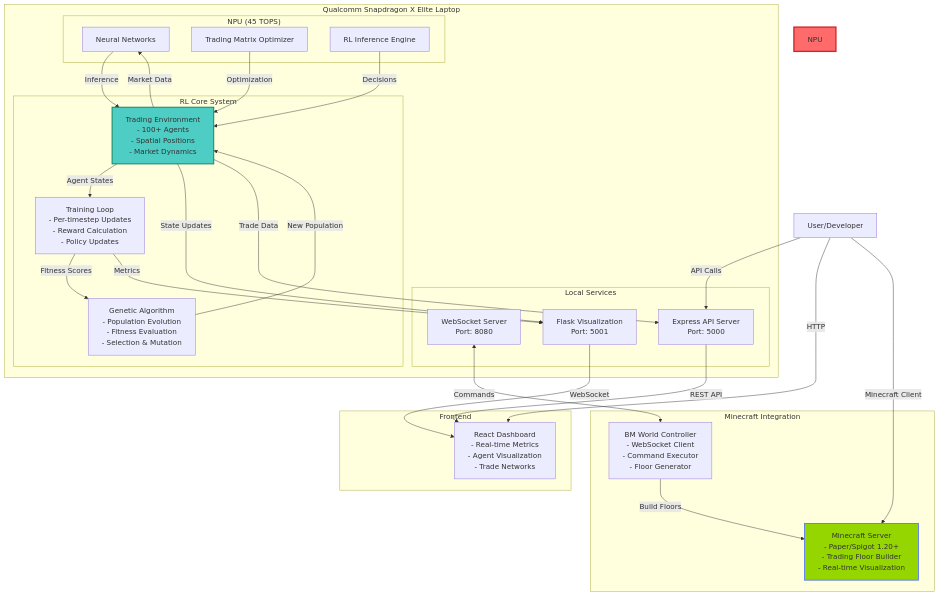
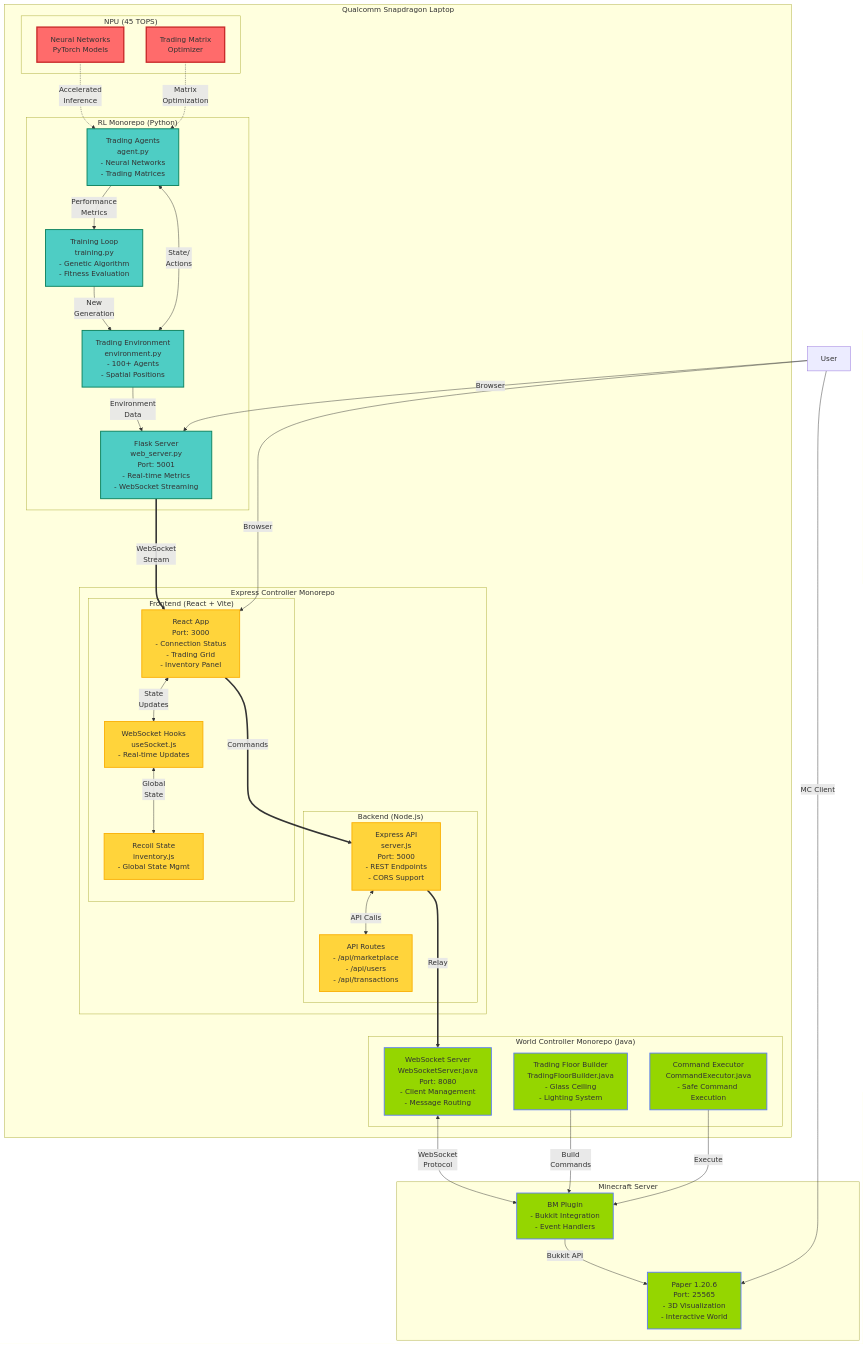
The diagram in README.md (DIodide/blockmarket), drawn with Mermaid before and after one commit. The commit also changed other lines of this file and 1 other file, not shown here.

Commit message:
Enhance README.md with detailed architecture overview and flow diagrams; introduce new whiteboard image for visual representation of system components and interactions.

````diff
--- a/README.md
+++ b/README.md
@@ -22,63 +22,83 @@
 ```mermaid
 graph TB
-    subgraph "Qualcomm Snapdragon X Elite Laptop"
+    subgraph "Qualcomm Snapdragon Laptop"
         subgraph "NPU (45 TOPS)"
-            NN[Neural Networks]
-            TM[Trading Matrix Optimizer]
-            RL[RL Inference Engine]
+            NN[Neural Networks<br/>PyTorch Models]
+            TM[Trading Matrix<br/>Optimizer]
         end
 
-        subgraph "RL Core System"
-            ENV[Trading Environment<br/>- 100+ Agents<br/>- Spatial Positions<br/>- Market Dynamics]
-            GA[Genetic Algorithm<br/>- Population Evolution<br/>- Fitness Evaluation<br/>- Selection & Mutation]
-            TRAIN[Training Loop<br/>- Per-timestep Updates<br/>- Reward Calculation<br/>- Policy Updates]
+        subgraph "RL Monorepo (Python)"
+            ENV[Trading Environment<br/>environment.py<br/>- 100+ Agents<br/>- Spatial Positions]
+            AGENT[Trading Agents<br/>agent.py<br/>- Neural Networks<br/>- Trading Matrices]
+            TRAIN[Training Loop<br/>training.py<br/>- Genetic Algorithm<br/>- Fitness Evaluation]
+            FLASK[Flask Server<br/>web_server.py<br/>Port: 5001<br/>- Real-time Metrics<br/>- WebSocket Streaming]
         end
 
-        subgraph "Local Services"
-            WS[WebSocket Server<br/>Port: 8080]
-            EXPRESS[Express API Server<br/>Port: 5000]
-            VIZ[Flask Visualization<br/>Port: 5001]
+        subgraph "Express Controller Monorepo"
+            subgraph "Backend (Node.js)"
+                EXPRESS[Express API<br/>server.js<br/>Port: 5000<br/>- REST Endpoints<br/>- CORS Support]
+                ROUTES[API Routes<br/>- /api/marketplace<br/>- /api/users<br/>- /api/transactions]
+            end
+
+            subgraph "Frontend (React + Vite)"
+                REACT[React App<br/>Port: 3000<br/>- Connection Status<br/>- Trading Grid<br/>- Inventory Panel]
+                HOOKS[WebSocket Hooks<br/>useSocket.js<br/>- Real-time Updates]
+                ATOMS[Recoil State<br/>inventory.js<br/>- Global State Mgmt]
+            end
+        end
+
+        subgraph "World Controller Monorepo (Java)"
+            WS_SERVER[WebSocket Server<br/>WebSocketServer.java<br/>Port: 8080<br/>- Client Management<br/>- Message Routing]
+            FLOOR_BUILDER[Trading Floor Builder<br/>TradingFloorBuilder.java<br/>- Glass Ceiling<br/>- Lighting System]
+            CMD_EXEC[Command Executor<br/>CommandExecutor.java<br/>- Safe Command Execution]
         end
     end
 
-    subgraph "Minecraft Integration"
-        MC[Minecraft Server<br/>- Paper/Spigot 1.20+<br/>- Trading Floor Builder<br/>- Real-time Visualization]
-        PLUGIN[BM World Controller<br/>- WebSocket Client<br/>- Command Executor<br/>- Floor Generator]
+    subgraph "Minecraft Server"
+        MC[Paper 1.20.6<br/>Port: 25565<br/>- 3D Visualization<br/>- Interactive World]
+        PLUGIN[BM Plugin<br/>- Bukkit Integration<br/>- Event Handlers]
     end
 
-    subgraph "Frontend"
-        WEB[React Dashboard<br/>- Real-time Metrics<br/>- Agent Visualization<br/>- Trade Networks]
-    end
+    %% NPU Processing
+    NN -.->|Accelerated<br/>Inference| AGENT
+    TM -.->|Matrix<br/>Optimization| AGENT
 
-    %% NPU Connections
-    NN -->|Inference| ENV
-    TM -->|Optimization| ENV
-    RL -->|Decisions| ENV
+    %% RL Internal Flow
+    ENV <-->|State/<br/>Actions| AGENT
+    AGENT -->|Performance<br/>Metrics| TRAIN
+    TRAIN -->|New<br/>Generation| ENV
+    ENV -->|Environment<br/>Data| FLASK
 
-    %% RL System Flow
-    ENV -->|Agent States| TRAIN
-    TRAIN -->|Fitness Scores| GA
-    GA -->|New Population| ENV
-    ENV -->|Market Data| NN
+    %% Express Internal Flow
+    EXPRESS <-->|API Calls| ROUTES
+    REACT <-->|State<br/>Updates| HOOKS
+    HOOKS <-->|Global<br/>State| ATOMS
 
-    %% Service Connections
-    ENV -->|State Updates| VIZ
-    VIZ -->|WebSocket| WEB
-    EXPRESS -->|REST API| WEB
-    WS <-->|Commands| PLUGIN
-    PLUGIN -->|Build Floors| MC
+    %% Socket Tunneling
+    FLASK ===>|WebSocket<br/>Stream| REACT
+    REACT ===>|Commands| EXPRESS
+    EXPRESS ===>|Relay| WS_SERVER
 
-    %% Data Flow
-    ENV -->|Trade Data| EXPRESS
-    TRAIN -->|Metrics| VIZ
+    %% Minecraft Integration
+    WS_SERVER <-->|WebSocket<br/>Protocol| PLUGIN
+    PLUGIN -->|Bukkit API| MC
+    FLOOR_BUILDER -->|Build<br/>Commands| PLUGIN
+    CMD_EXEC -->|Execute| PLUGIN
 
     %% User Interactions
-    USER[User/Developer]
-    USER -->|HTTP| WEB
-    USER -->|Minecraft Client| MC
-    USER -->|API Calls| EXPRESS
+    USER[User]
+    USER -->|Browser| REACT
+    USER -->|Browser| FLASK
+    USER -->|MC Client| MC
 
-    style NPU fill:#ff6b6b,stroke:#c92a2a,stroke-width:3px
-    style ENV fill:#4ecdc4,stroke:#087f5b,stroke-width:2px
-    style MC fill:#95d600,stroke:#5c7cfa,stroke-width:2px
+    %% Data Flow Types
+    classDef npuStyle fill:#ff6b6b,stroke:#c92a2a,stroke-width:3px
+    classDef rlStyle fill:#4ecdc4,stroke:#087f5b,stroke-width:2px
+    classDef expressStyle fill:#ffd43b,stroke:#fab005,stroke-width:2px
+    classDef mcStyle fill:#95d600,stroke:#5c7cfa,stroke-width:2px
+
+    class NN,TM npuStyle
+    class ENV,AGENT,TRAIN,FLASK rlStyle
+    class EXPRESS,ROUTES,REACT,HOOKS,ATOMS expressStyle
+    class WS_SERVER,FLOOR_BUILDER,CMD_EXEC,MC,PLUGIN mcStyle
 ```
````
